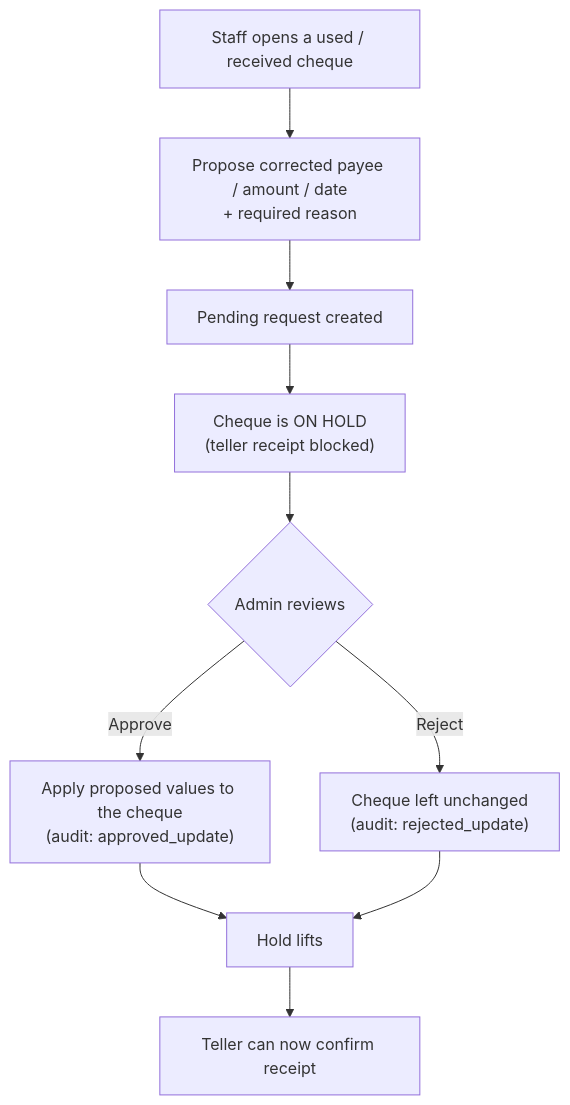
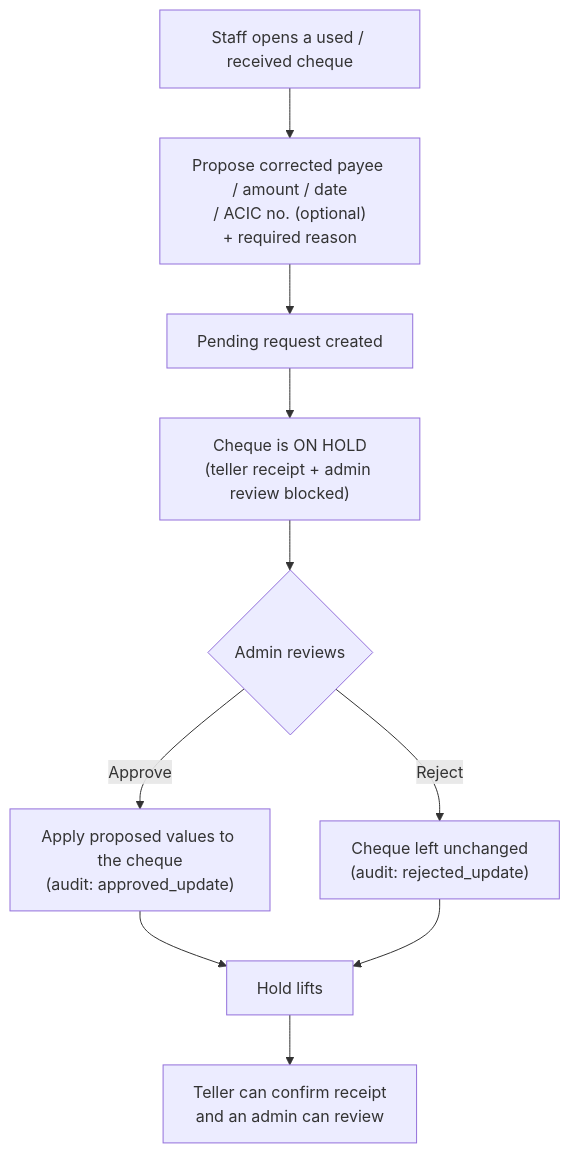
The fifth of 11 diagrams in docs/DOCUMENTATION.md (nicolasjob21/E-MDS), drawn with Mermaid before and after one commit. The commit also changed other lines of this file and 104 other files, not shown here.

````diff
--- a/docs/DOCUMENTATION.md
+++ b/docs/DOCUMENTATION.md
@@ -126,12 +197,12 @@
 ```mermaid
 flowchart TD
-    A["Staff opens a used / received cheque"] --> B["Propose corrected payee / amount / date<br/>+ required reason"]
+    A["Staff opens a used / received cheque"] --> B["Propose corrected payee / amount / date<br/>/ ACIC no. (optional)<br/>+ required reason"]
     B --> C["Pending request created"]
-    C --> D["Cheque is ON HOLD<br/>(teller receipt blocked)"]
+    C --> D["Cheque is ON HOLD<br/>(teller receipt + admin review blocked)"]
     D --> E{"Admin reviews"}
     E -->|Approve| F["Apply proposed values to the cheque<br/>(audit: approved_update)"]
     E -->|Reject| G["Cheque left unchanged<br/>(audit: rejected_update)"]
     F --> H["Hold lifts"]
     G --> H
-    H --> I["Teller can now confirm receipt"]
+    H --> I["Teller can confirm receipt<br/>and an admin can review"]
 ```
````
